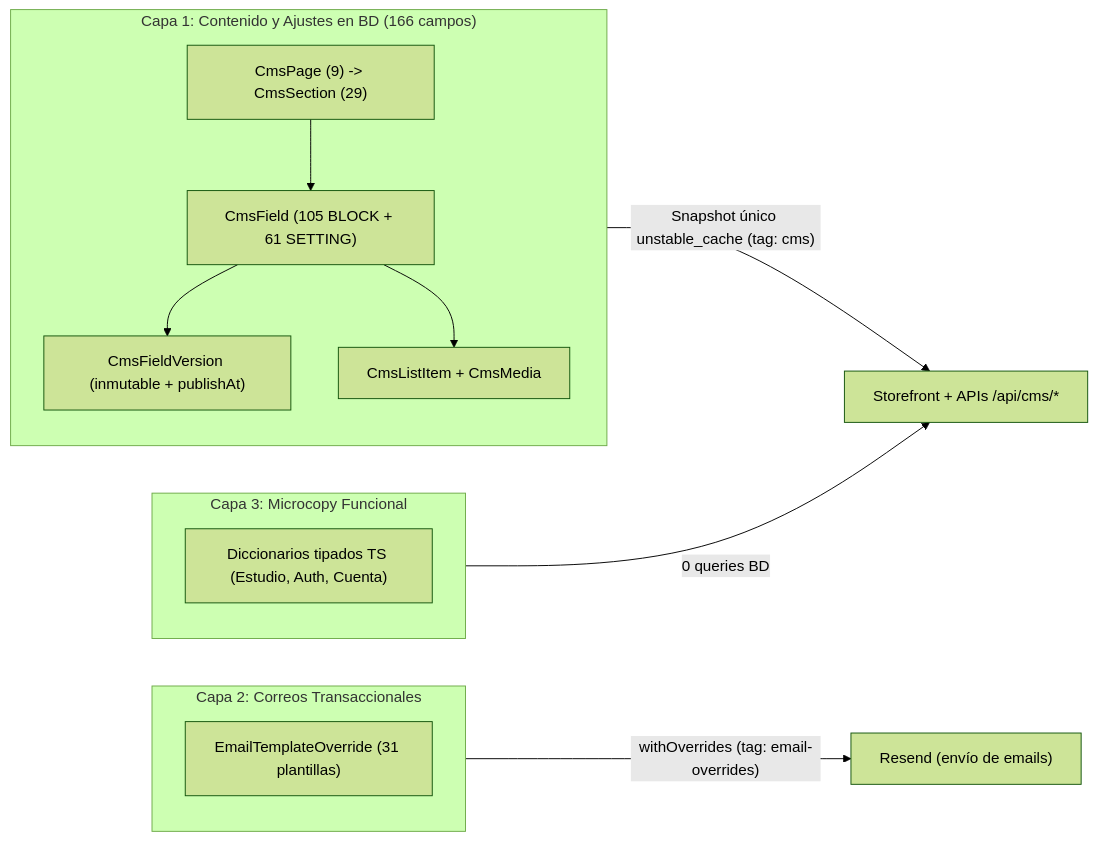
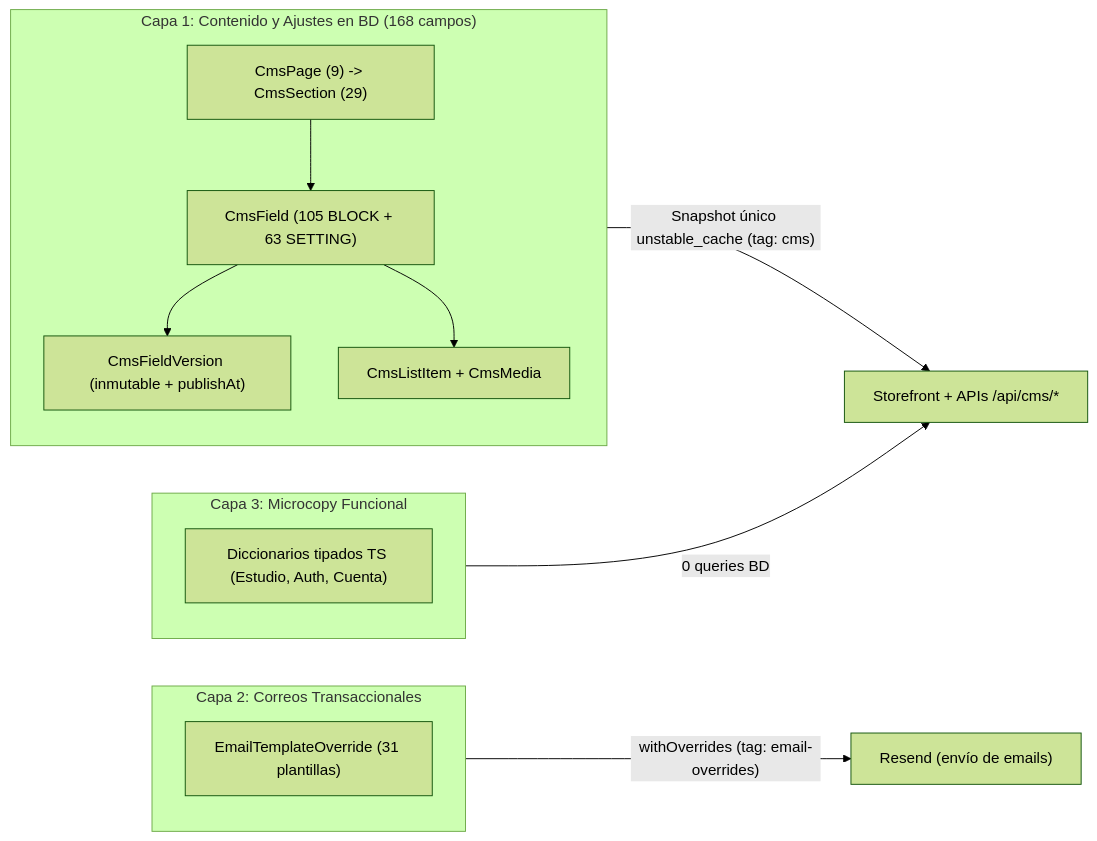
The second of 2 diagrams in docs/domains/catalog-and-cms.md (jullieth93/lucams), drawn with Mermaid (forest theme) before and after one commit. The commit also changed other lines of this file and 54 other files, not shown here.

````diff
--- a/docs/domains/catalog-and-cms.md
+++ b/docs/domains/catalog-and-cms.md
@@ -69,17 +69,17 @@
 ```mermaid
 flowchart LR
-  subgraph L1["Capa 1: Contenido y Ajustes en BD (166 campos)"]
-    P["CmsPage (9) -> CmsSection (29)"] --> F["CmsField (105 BLOCK + 61 SETTING)"]
+  subgraph L1["Capa 1: Contenido y Ajustes en BD (168 campos)"]
+    P["CmsPage (9) -> CmsSection (29)"] --> F["CmsField (105 BLOCK + 63 SETTING)"]
     F --> V["CmsFieldVersion (inmutable + publishAt)"]
     F --> LI["CmsListItem + CmsMedia"]
   end
   subgraph L2["Capa 2: Correos Transaccionales"]
     EM["EmailTemplateOverride (31 plantillas)"]
   end
   subgraph L3["Capa 3: Microcopy Funcional"]
     TS["Diccionarios tipados TS (Estudio, Auth, Cuenta)"]
   end
   L1 -->|"Snapshot único unstable_cache (tag: cms)"| SF["Storefront + APIs /api/cms/*"]
   L2 -->|"withOverrides (tag: email-overrides)"| RS["Resend (envío de emails)"]
   L3 -->|"0 queries BD"| SF
 ```
````
